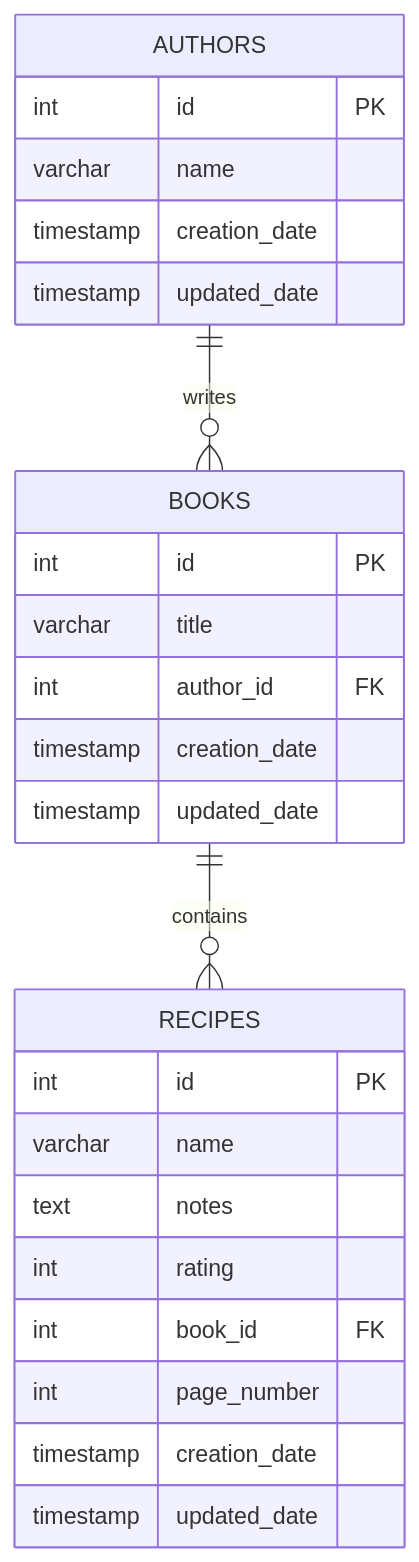
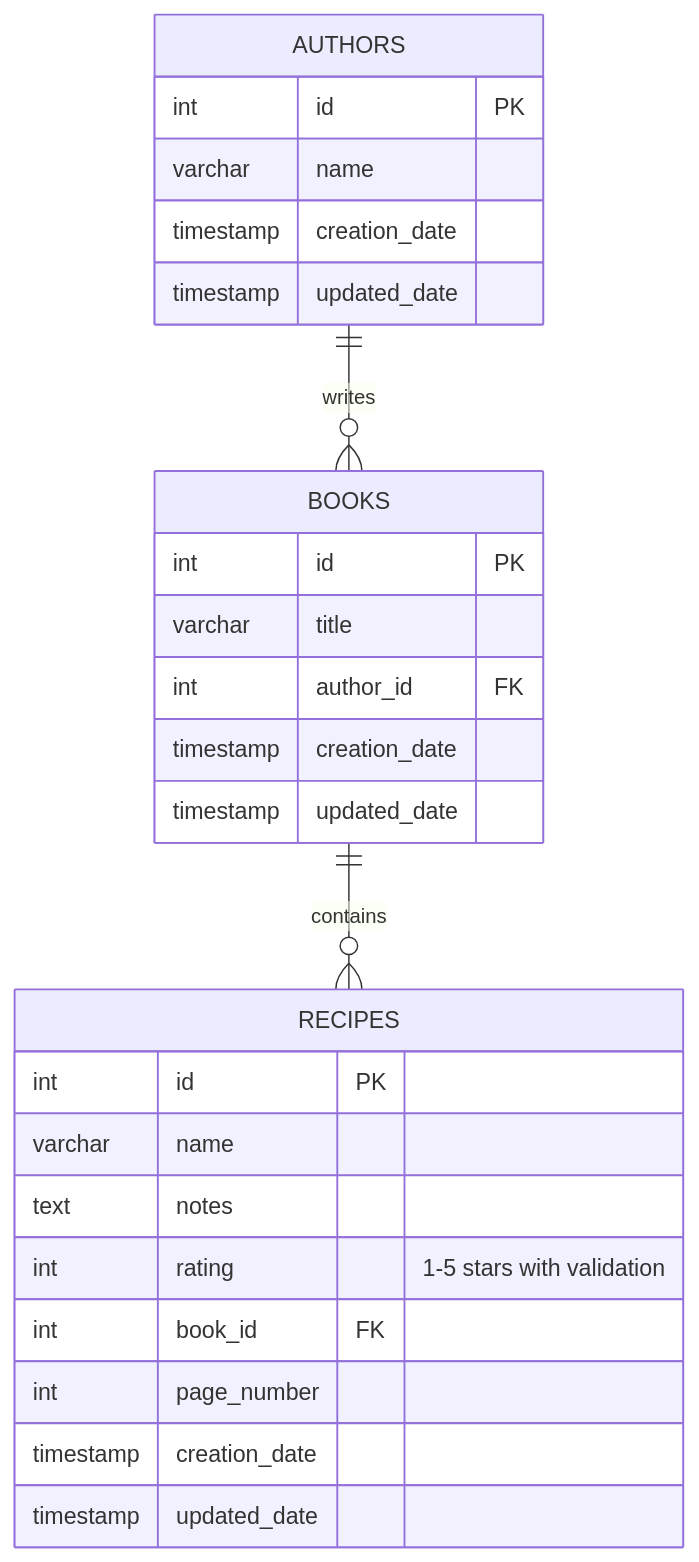
Before and after one commit to mongeon/RecettesIndex: the seventh of 13 diagrams in docs/ARCHITECTURE.md, drawn with Mermaid. The commit also changed other lines of this file and 4 other files, not shown here.

````diff
--- a/docs/ARCHITECTURE.md
+++ b/docs/ARCHITECTURE.md
@@ -266,31 +276,31 @@
 ```mermaid
 erDiagram
     AUTHORS {
         int id PK
         varchar name
         timestamp creation_date
         timestamp updated_date
     }
     
     BOOKS {
         int id PK
         varchar title
         int author_id FK
         timestamp creation_date
         timestamp updated_date
     }
     
     RECIPES {
         int id PK
         varchar name
         text notes
-        int rating
+        int rating "1-5 stars with validation"
         int book_id FK
         int page_number
         timestamp creation_date
         timestamp updated_date
     }
     
     AUTHORS ||--o{ BOOKS : "writes"
     BOOKS ||--o{ RECIPES : "contains"
 ```
````
